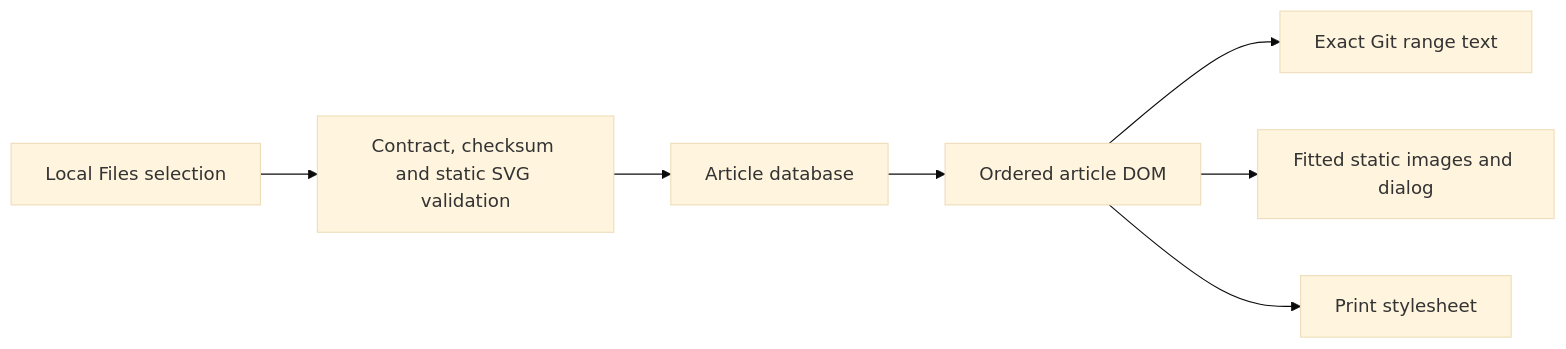
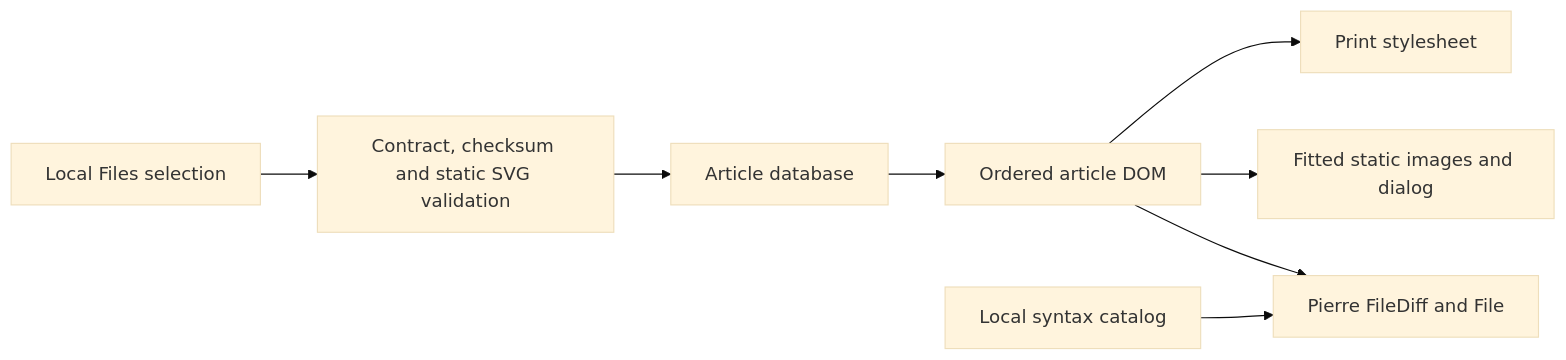
Before and after one commit to bajor/raccoon-ios: the diagram in docs/architecture.md, drawn with Mermaid (base theme). The commit also changed other lines of this file and 21 other files, not shown here.

First line of the commit message:
Render Git comparisons with Pierre Diffs offline

````diff
--- a/docs/architecture.md
+++ b/docs/architecture.md
@@ -31,9 +35,10 @@
 ```mermaid
 flowchart LR
     Files[Local Files selection] --> Import[Contract, checksum and static SVG validation]
     Import --> Database[Article database]
     Database --> Reader[Ordered article DOM]
-    Reader --> Excerpt[Exact Git range text]
+    Reader --> Code[Pierre FileDiff and File]
+    Syntax[Local syntax catalog] --> Code
     Reader --> Diagrams[Fitted static images and dialog]
     Reader --> Print[Print stylesheet]
 ```
````
